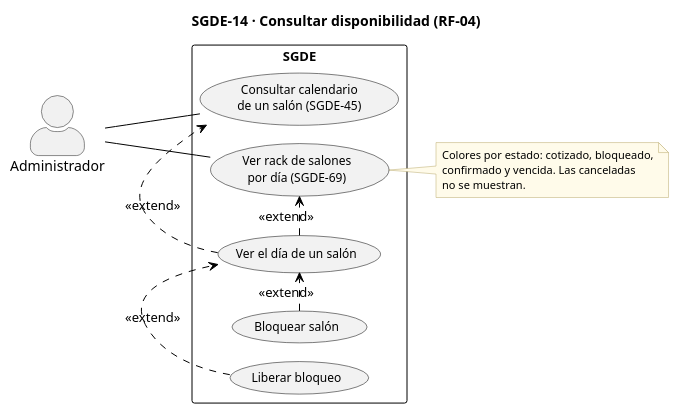
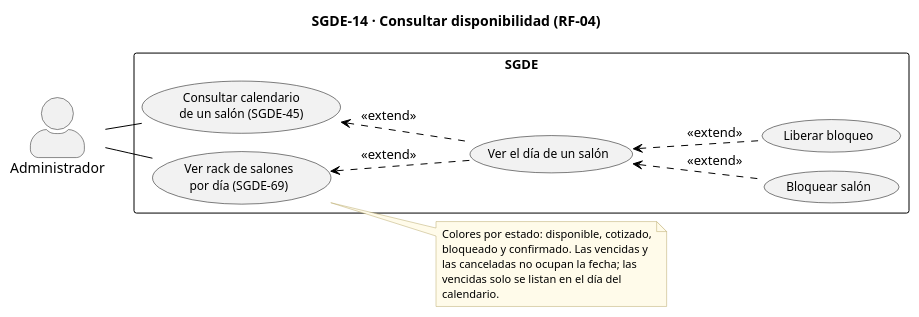
One commit to AndreCamx2/Gestion-De-Eventos changed the diagram in docs/casos_uso_sgde/SGDE-14_Consultar_disponibilidad.puml. Above: the diagram before and after it, drawn with PlantUML. The commit also changed 25 other files, not shown here.

```diff
--- a/docs/casos_uso_sgde/SGDE-14_Consultar_disponibilidad.puml
+++ b/docs/casos_uso_sgde/SGDE-14_Consultar_disponibilidad.puml
@@ -1,46 +1,48 @@
 @startuml SGDE-14_Consultar_disponibilidad
 !pragma layout smetana
 left to right direction
 skinparam backgroundColor white
 skinparam usecase {
   BackgroundColor #F2F2F2
   BorderColor black
   FontSize 12
 }
 skinparam rectangle {
   BorderColor black
   FontSize 13
   FontStyle bold
 }
 skinparam note {
   BackgroundColor #FFFBEA
   BorderColor #B8A86B
   FontSize 11
 }
 skinparam ArrowColor black
 skinparam actorStyle awesome
 title SGDE-14 · Consultar disponibilidad (RF-04)
 
 actor "Administrador" as AD
 
 rectangle "SGDE" {
   usecase "Consultar calendario\nde un salón (SGDE-45)" as UC1
   usecase "Ver rack de salones\npor día (SGDE-69)" as UC2
   usecase "Ver el día de un salón" as UC3
   usecase "Bloquear salón" as UC4
   usecase "Liberar bloqueo" as UC5
 }
 
 AD -- UC1
 AD -- UC2
-UC3 .> UC1 : <<extend>>
-UC3 .> UC2 : <<extend>>
-UC4 .> UC3 : <<extend>>
-UC5 .> UC3 : <<extend>>
+UC1 <.. UC3 : <<extend>>
+UC2 <.. UC3 : <<extend>>
+UC3 <.. UC4 : <<extend>>
+UC3 <.. UC5 : <<extend>>
 
 note right of UC2
-  Colores por estado: cotizado, bloqueado,
-  confirmado y vencida. Las canceladas
-  no se muestran.
+  Colores por estado: disponible, cotizado,
+  bloqueado y confirmado. Las vencidas y
+  las canceladas no ocupan la fecha; las
+  vencidas solo se listan en el día del
+  calendario.
 end note
 @enduml
```
